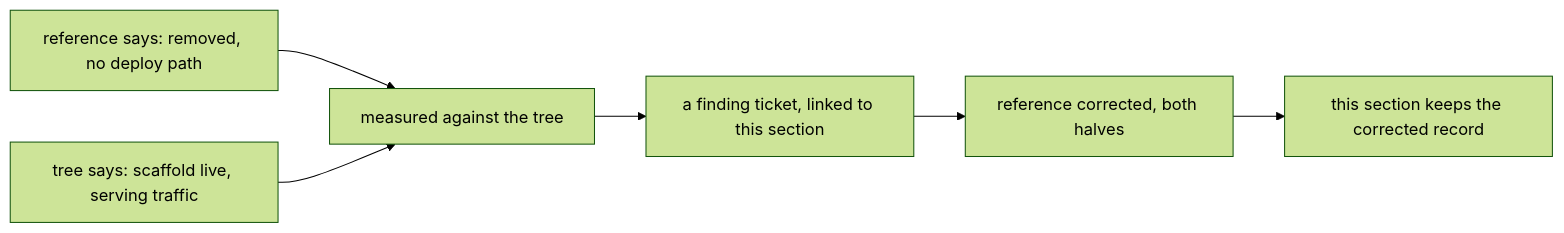
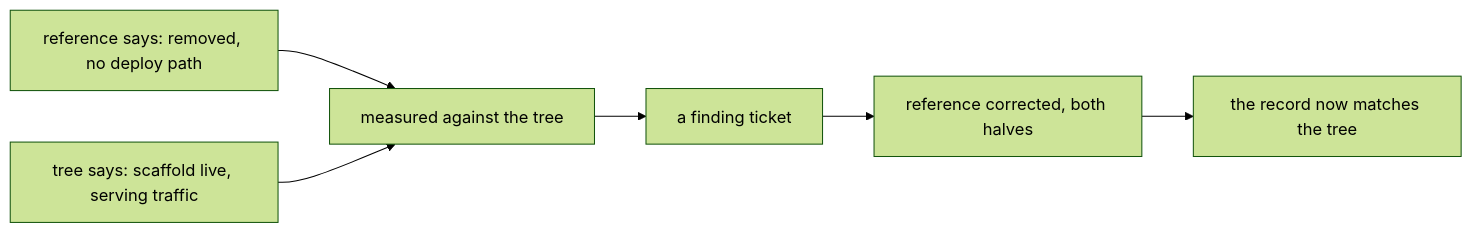
One commit to digithings-ai/digithings changed the diagram in apps/digithings-web/content/book/25-integration-choices/01-when-the-map-was-wrong.mdx. Above: the diagram before and after it, drawn with Mermaid (forest theme). The commit also changed other lines of this file and 13 other files, not shown here.

````diff
--- a/apps/digithings-web/content/book/25-integration-choices/01-when-the-map-was-wrong.mdx
+++ b/apps/digithings-web/content/book/25-integration-choices/01-when-the-map-was-wrong.mdx
@@ -18,8 +18,8 @@
 ```mermaid
 flowchart LR
   DOC[reference says: removed, no deploy path] --> CHECK[measured against the tree]
   TREE[tree says: scaffold live, serving traffic] --> CHECK
-  CHECK --> TICKET[a finding ticket, linked to this section]
+  CHECK --> TICKET[a finding ticket]
   TICKET --> FIX[reference corrected, both halves]
-  FIX --> BOOK[this section keeps the corrected record]
+  FIX --> BOOK[the record now matches the tree]
 ```
````
